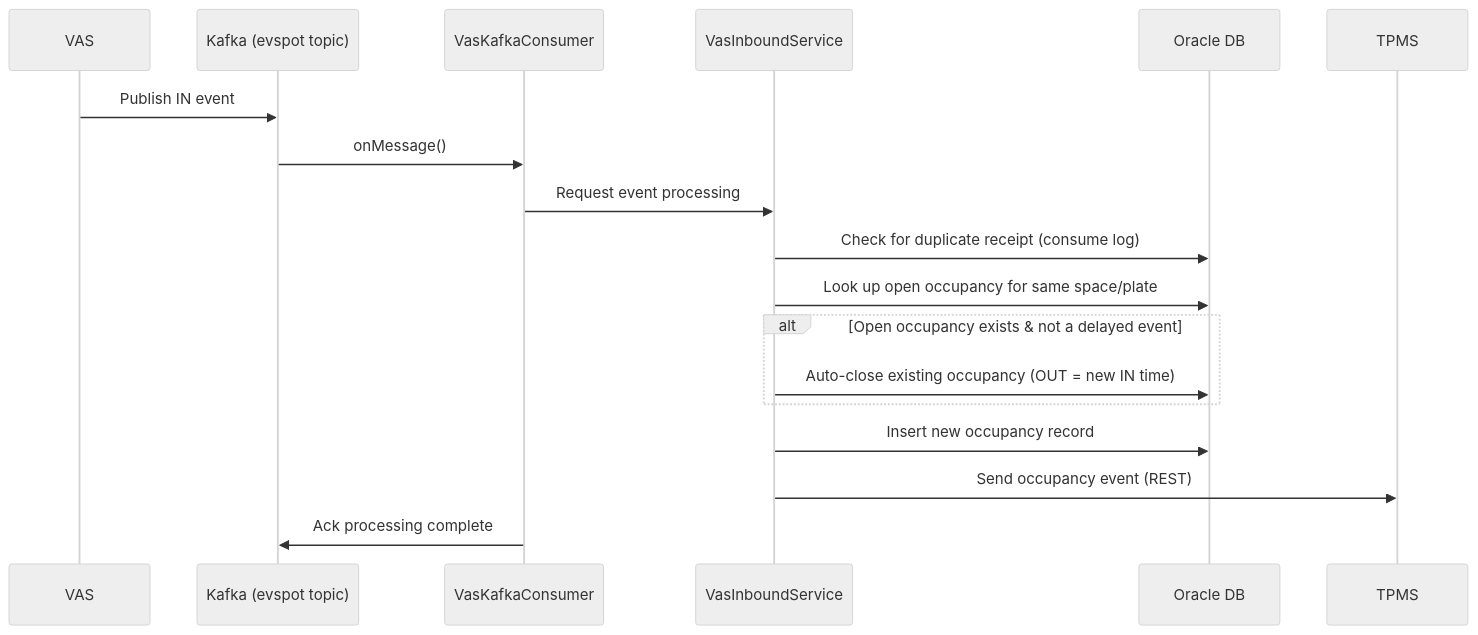
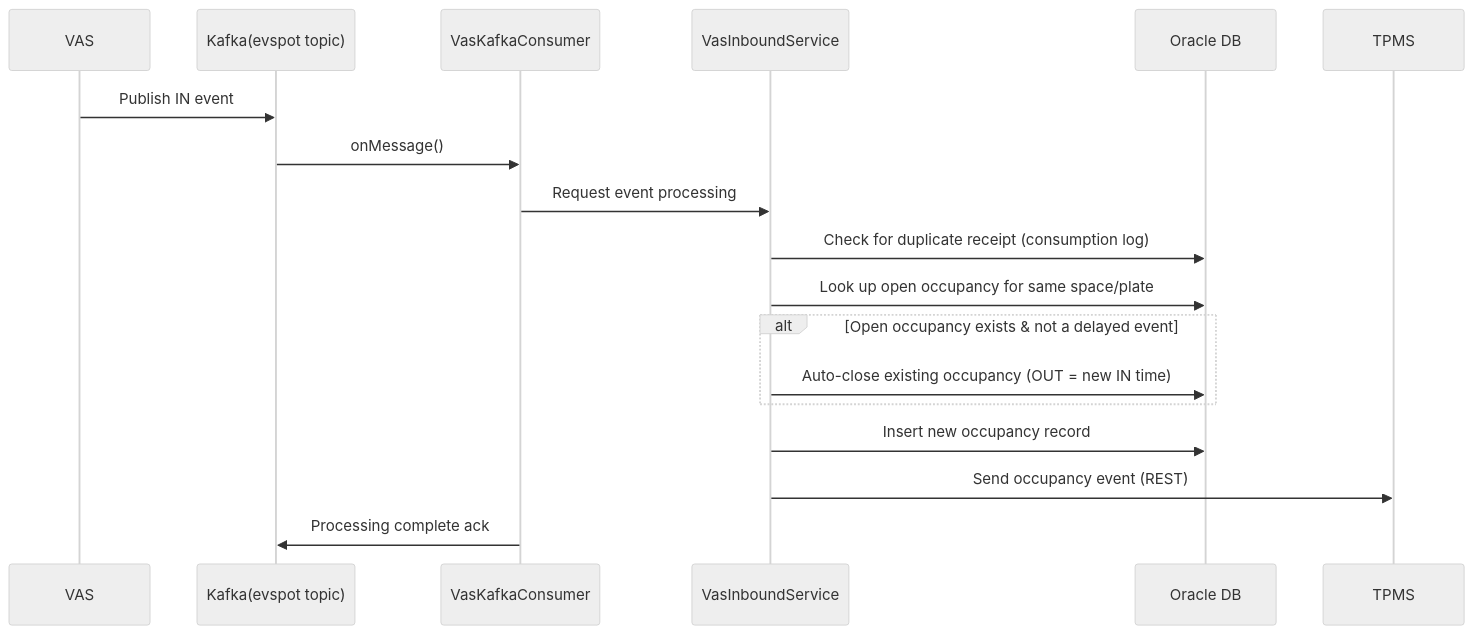
One commit to scourge1100/neverland changed the third of 4 diagrams in content/en/projects/bucheon-csms.md. Above: the diagram before and after it, drawn with Mermaid (neutral theme). The commit also changed other lines of this file and 1 other file, not shown here.

````diff
--- a/content/en/projects/bucheon-csms.md
+++ b/content/en/projects/bucheon-csms.md
@@ -87,21 +88,21 @@
 ```mermaid
 sequenceDiagram
     participant V as VAS
-    participant K as Kafka (evspot topic)
+    participant K as Kafka(evspot topic)
     participant CS as VasKafkaConsumer
     participant SV as VasInboundService
     participant DB as Oracle DB
     participant TP as TPMS
 
     V->>K: Publish IN event
     K->>CS: onMessage()
     CS->>SV: Request event processing
-    SV->>DB: Check for duplicate receipt (consume log)
+    SV->>DB: Check for duplicate receipt (consumption log)
     SV->>DB: Look up open occupancy for same space/plate
     alt Open occupancy exists & not a delayed event
         SV->>DB: Auto-close existing occupancy (OUT = new IN time)
     end
     SV->>DB: Insert new occupancy record
     SV->>TP: Send occupancy event (REST)
-    CS->>K: Ack processing complete
+    CS->>K: Processing complete ack
 ```
````
